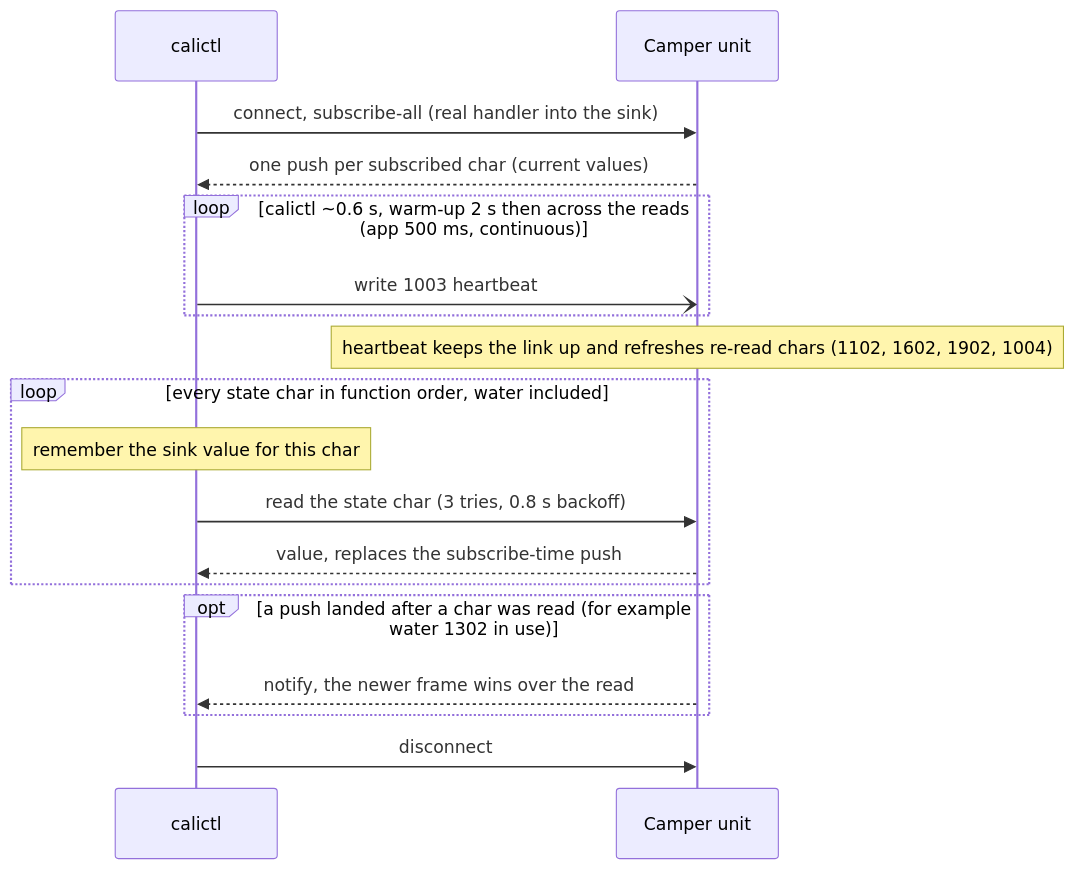
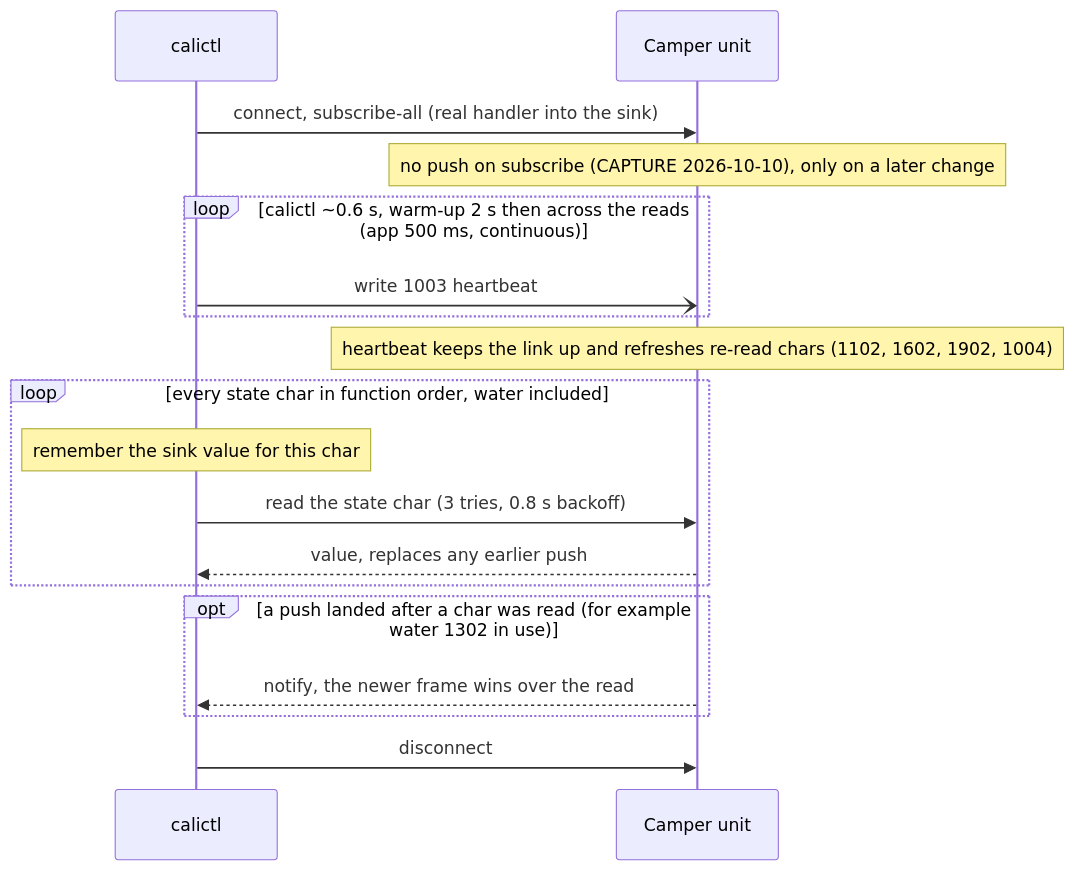
Diagram 11 of 17 in docs/protocol-sequences.rst (ckeller42/open-california), drawn with Mermaid before and after one commit. The commit also changed other lines of this file and 17 other files, not shown here.

```diff
--- a/docs/protocol-sequences.rst
+++ b/docs/protocol-sequences.rst
@@ -1055,20 +1063,20 @@
 .. mermaid::
 
     sequenceDiagram
         participant C as calictl
         participant U as Camper unit
         C->>U: connect, subscribe-all (real handler into the sink)
-        U-->>C: one push per subscribed char (current values)
+        Note over U: no push on subscribe (CAPTURE 2026-10-10), only on a later change
         loop calictl ~0.6 s, warm-up 2 s then across the reads (app 500 ms, continuous)
             C-)U: write 1003 heartbeat
         end
         Note over U: heartbeat keeps the link up and refreshes re-read chars (1102, 1602, 1902, 1004)
         loop every state char in function order, water included
             Note over C: remember the sink value for this char
             C->>U: read the state char (3 tries, 0.8 s backoff)
-            U-->>C: value, replaces the subscribe-time push
+            U-->>C: value, replaces any earlier push
         end
         opt a push landed after a char was read (for example water 1302 in use)
             U-->>C: notify, the newer frame wins over the read
         end
         C->>U: disconnect
```
